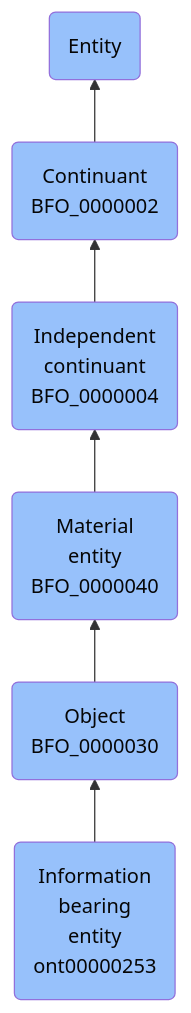
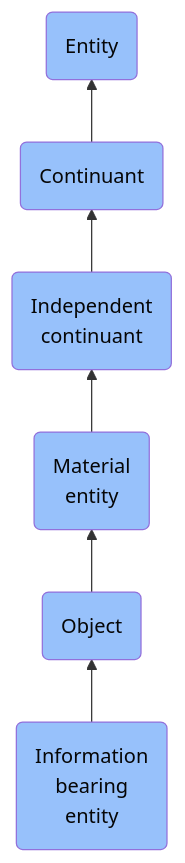
The diagram in docs/ontology/reference/model/Entity/Continuant/Independent continuant/Material entity/Object/Information bearing entity/Information bearing entity.md (jupyter-naas/abi), drawn with Mermaid before and after one commit. The commit also changed other lines of this file and 1430 other files, not shown here.

````diff
--- a/docs/ontology/reference/model/Entity/Continuant/Independent continuant/Material entity/Object/Information bearing entity/Information bearing entity.md
+++ b/docs/ontology/reference/model/Entity/Continuant/Independent continuant/Material entity/Object/Information bearing entity/Information bearing entity.md
@@ -24,13 +24,13 @@
 ```mermaid
 graph BT
-    ont00000253(Information<br>bearing<br>entity<br>ont00000253):::BFO-->BFO_0000030
-    BFO_0000030(Object<br>BFO_0000030):::BFO-->BFO_0000040
-    BFO_0000040(Material<br>entity<br>BFO_0000040):::BFO-->BFO_0000004
-    BFO_0000004(Independent<br>continuant<br>BFO_0000004):::BFO-->BFO_0000002
-    BFO_0000002(Continuant<br>BFO_0000002):::BFO-->BFO_0000001
+    ont00000253(Information<br>bearing<br>entity):::BFO-->BFO_0000030
+    BFO_0000030(Object):::BFO-->BFO_0000040
+    BFO_0000040(Material<br>entity):::BFO-->BFO_0000004
+    BFO_0000004(Independent<br>continuant):::BFO-->BFO_0000002
+    BFO_0000002(Continuant):::BFO-->BFO_0000001
     BFO_0000001(Entity):::BFO
     
     classDef BFO fill:#97c1fb,color:#060606
     classDef CCO fill:#e4c51e,color:#060606
     classDef ABI fill:#48DD82,color:#060606
 ```
````
